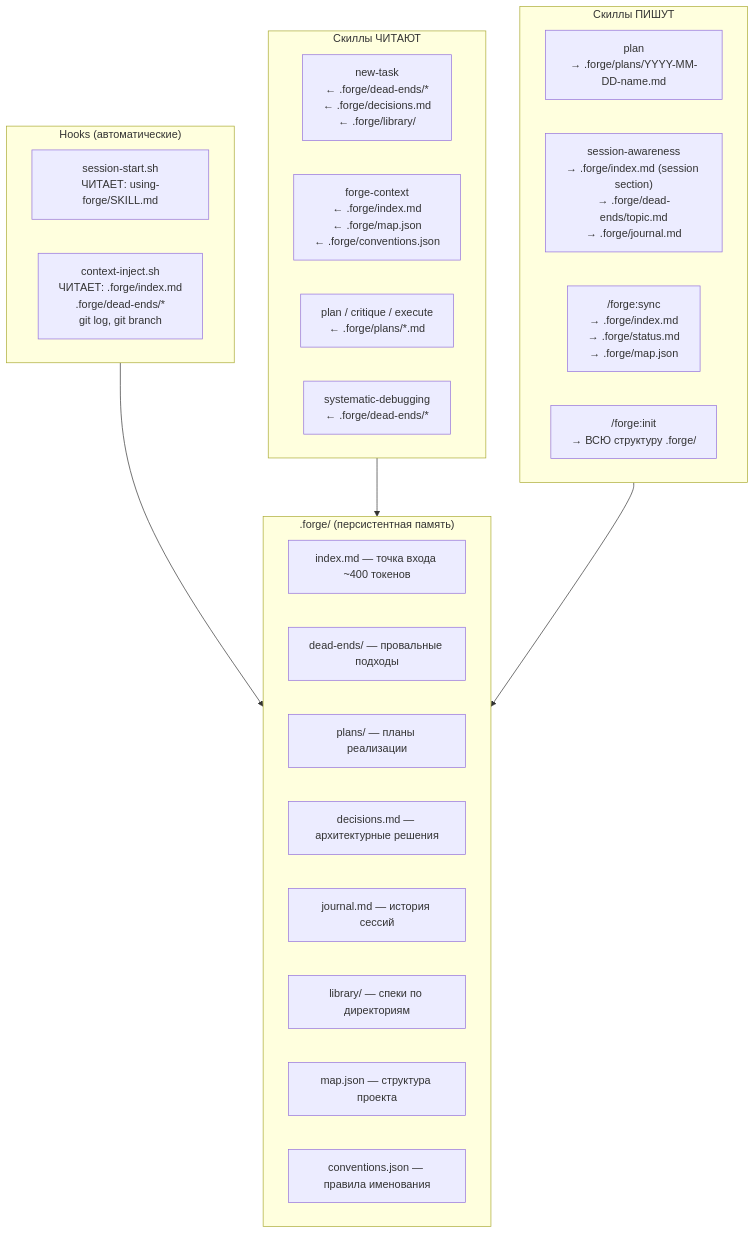
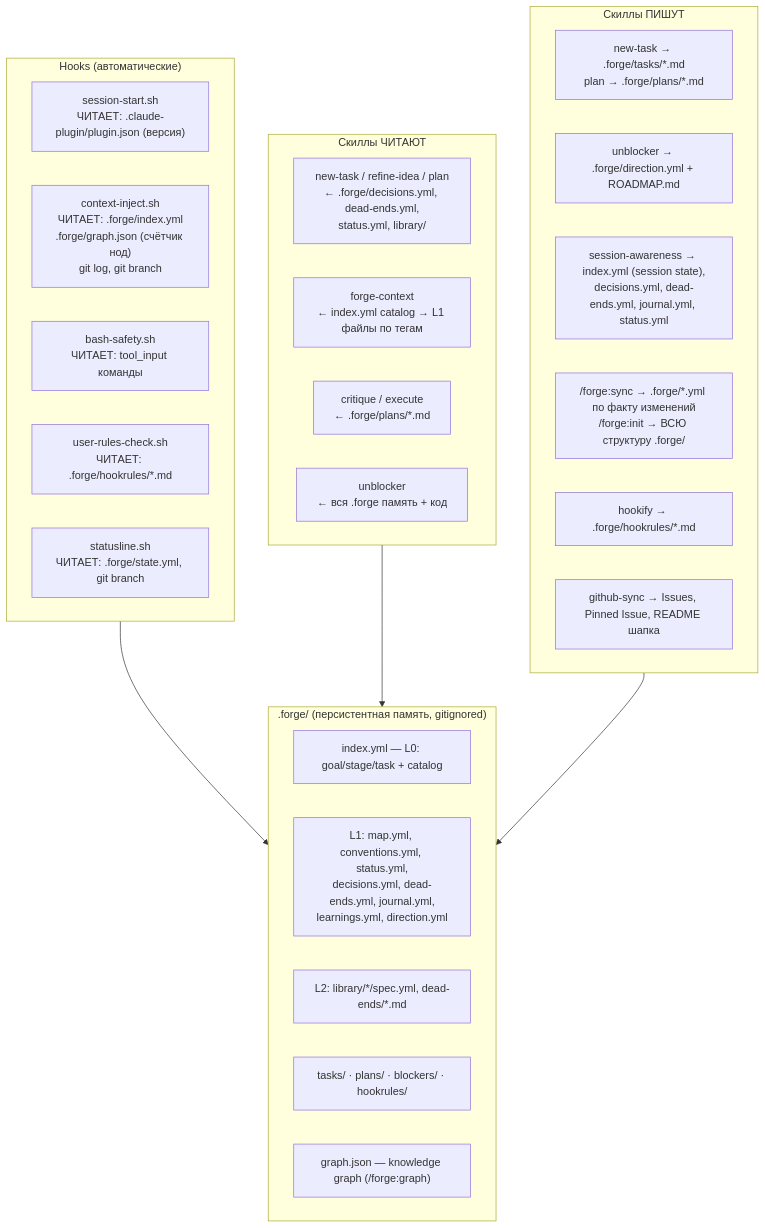
Before and after one commit to anton-ai5010/forge: the fourth of 4 diagrams in forge-plugin/docs/forge-runtime-flow.md, drawn with Mermaid. The commit also changed other lines of this file and 20 other files, not shown here.

````diff
--- a/forge-plugin/docs/forge-runtime-flow.md
+++ b/forge-plugin/docs/forge-runtime-flow.md
@@ -163,36 +184,38 @@
 ```mermaid
 flowchart TB
     subgraph HOOKS["Hooks (автоматические)"]
-        H1["session-start.sh<br/>ЧИТАЕТ: using-forge/SKILL.md"]
-        H2["context-inject.sh<br/>ЧИТАЕТ: .forge/index.md<br/>.forge/dead-ends/*<br/>git log, git branch"]
+        H1["session-start.sh<br/>ЧИТАЕТ: .claude-plugin/plugin.json (версия)"]
+        H2["context-inject.sh<br/>ЧИТАЕТ: .forge/index.yml<br/>.forge/graph.json (счётчик нод)<br/>git log, git branch"]
+        H3["bash-safety.sh<br/>ЧИТАЕТ: tool_input команды"]
+        H4["user-rules-check.sh<br/>ЧИТАЕТ: .forge/hookrules/*.md"]
+        H5["statusline.sh<br/>ЧИТАЕТ: .forge/state.yml, git branch"]
     end
 
     subgraph SKILLS_READ["Скиллы ЧИТАЮТ"]
-        SR1["new-task<br/>← .forge/dead-ends/*<br/>← .forge/decisions.md<br/>← .forge/library/"]
-        SR2["forge-context<br/>← .forge/index.md<br/>← .forge/map.json<br/>← .forge/conventions.json"]
-        SR3["plan / critique / execute<br/>← .forge/plans/*.md"]
-        SR4["systematic-debugging<br/>← .forge/dead-ends/*"]
+        SR1["new-task / refine-idea / plan<br/>← .forge/decisions.yml, dead-ends.yml,<br/>status.yml, library/"]
+        SR2["forge-context<br/>← index.yml catalog → L1 файлы по тегам"]
+        SR3["critique / execute<br/>← .forge/plans/*.md"]
+        SR4["unblocker<br/>← вся .forge память + код"]
     end
 
     subgraph SKILLS_WRITE["Скиллы ПИШУТ"]
-        SW1["plan<br/>→ .forge/plans/YYYY-MM-DD-name.md"]
-        SW2["session-awareness<br/>→ .forge/index.md (session section)<br/>→ .forge/dead-ends/topic.md<br/>→ .forge/journal.md"]
-        SW3["/forge:sync<br/>→ .forge/index.md<br/>→ .forge/status.md<br/>→ .forge/map.json"]
-        SW4["/forge:init<br/>→ ВСЮ структуру .forge/"]
+        SW1["new-task → .forge/tasks/*.md<br/>plan → .forge/plans/*.md"]
+        SW2["unblocker → .forge/direction.yml + ROADMAP.md"]
+        SW3["session-awareness → index.yml (session state),<br/>decisions.yml, dead-ends.yml, journal.yml, status.yml"]
+        SW4["/forge:sync → .forge/*.yml по факту изменений<br/>/forge:init → ВСЮ структуру .forge/"]
+        SW5["hookify → .forge/hookrules/*.md"]
+        SW6["github-sync → Issues, Pinned Issue, README шапка"]
     end
 
-    subgraph DOCS[".forge/ (персистентная память)"]
-        D1["index.md — точка входа ~400 токенов"]
-        D2["dead-ends/ — провальные подходы"]
-        D3["plans/ — планы реализации"]
-        D4["decisions.md — архитектурные решения"]
-        D5["journal.md — история сессий"]
-        D6["library/ — спеки по директориям"]
-        D7["map.json — структура проекта"]
-        D8["conventions.json — правила именования"]
+    subgraph DOCS[".forge/ (персистентная память, gitignored)"]
+        D1["index.yml — L0: goal/stage/task + catalog"]
+        D2["L1: map.yml, conventions.yml, status.yml,<br/>decisions.yml, dead-ends.yml, journal.yml,<br/>learnings.yml, direction.yml"]
+        D3["L2: library/*/spec.yml, dead-ends/*.md"]
+        D4["tasks/ · plans/ · blockers/ · hookrules/"]
+        D5["graph.json — knowledge graph (/forge:graph)"]
     end
 
     HOOKS --> DOCS
     SKILLS_READ --> DOCS
     SKILLS_WRITE --> DOCS
 ```
````
